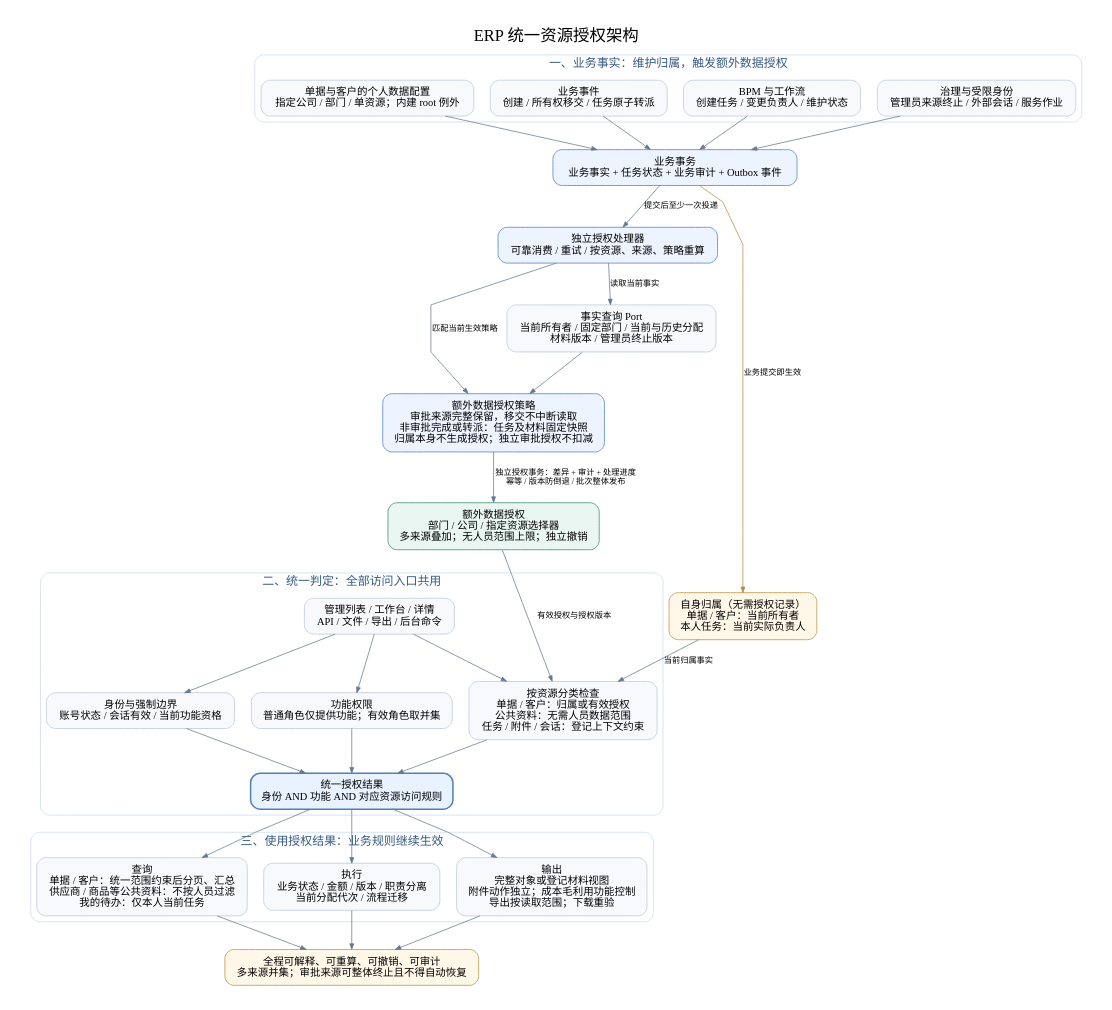
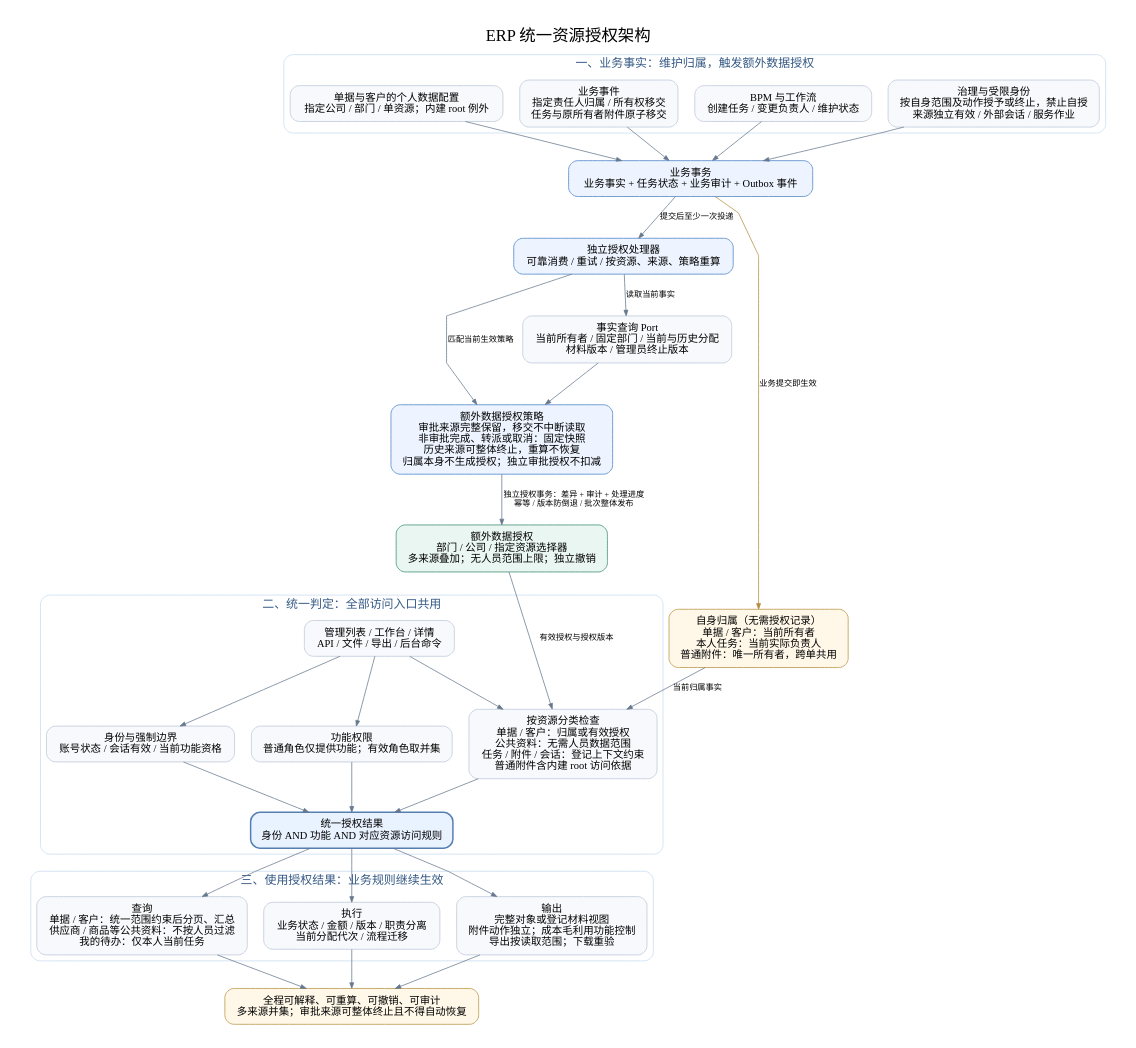
Before and after one commit to mztlive/erp: the diagram in docs/assets/resource-authorization-architecture.dot, drawn with Graphviz. The commit also changed 4 other files, not shown here.

```diff
--- a/docs/assets/resource-authorization-architecture.dot
+++ b/docs/assets/resource-authorization-architecture.dot
@@ -1,56 +1,56 @@
 digraph resourceAuthorization {
   graph [rankdir=TB, bgcolor="#ffffff", pad="0.35", nodesep="0.30", ranksep="0.60", fontname="PingFang SC", fontsize=22, label="ERP 统一资源授权架构", labelloc=t, splines=polyline];
   node [shape=box, style="rounded,filled", fillcolor="#f7f9fc", color="#c9d3e0", fontname="PingFang SC", fontsize=14, margin="0.18,0.12", penwidth=1.3];
   edge [fontname="PingFang SC", fontsize=11, color="#67788d", arrowsize=0.75];
 
   subgraph clusterSources {
     label="一、业务事实：维护归属，触发额外数据授权";
     fontsize=16; fontcolor="#355984"; color="#c9dbef"; style="rounded";
     scope [label="单据与客户的个人数据配置\n指定公司 / 部门 / 单资源；内建 root 例外"];
-    business [label="业务事件\n创建 / 所有权移交 / 任务原子转派"];
+    business [label="业务事件\n指定责任人归属 / 所有权移交\n任务与原所有者附件原子移交"];
     bpm [label="BPM 与工作流\n创建任务 / 变更负责人 / 维护状态"];
-    governance [label="治理与受限身份\n管理员来源终止 / 外部会话 / 服务作业"];
+    governance [label="治理与受限身份\n按自身范围及动作授予或终止，禁止自授\n来源独立有效 / 外部会话 / 服务作业"];
     {rank=same; scope; business; bpm; governance;}
   }
-  policy [label="额外数据授权策略\n审批来源完整保留，移交不中断读取\n非审批完成或转派：任务及材料固定快照\n归属本身不生成授权；独立审批授权不扣减", fillcolor="#edf4ff", color="#6e9bd2"];
+  policy [label="额外数据授权策略\n审批来源完整保留，移交不中断读取\n非审批完成、转派或取消：固定快照\n历史来源可整体终止，重算不恢复\n归属本身不生成授权；独立审批授权不扣减", fillcolor="#edf4ff", color="#6e9bd2"];
   outbox [label="业务事务\n业务事实 + 任务状态 + 业务审计 + Outbox 事件", fillcolor="#edf4ff", color="#6e9bd2"];
   worker [label="独立授权处理器\n可靠消费 / 重试 / 按资源、来源、策略重算", fillcolor="#edf4ff", color="#6e9bd2"];
   facts [label="事实查询 Port\n当前所有者 / 固定部门 / 当前与历史分配\n材料版本 / 管理员终止版本"];
   scope -> outbox; business -> outbox; bpm -> outbox; governance -> outbox;
   outbox -> worker [label="提交后至少一次投递"];
   worker -> facts [label="读取当前事实"];
   facts -> policy;
   worker -> policy [label="匹配当前生效策略"];
   grants [label="额外数据授权\n部门 / 公司 / 指定资源选择器\n多来源叠加；无人员范围上限；独立撤销", fillcolor="#eaf6f1", color="#60a58a"];
   policy -> grants [label="独立授权事务：差异 + 审计 + 处理进度\n幂等 / 版本防倒退 / 批次整体发布"];
 
   subgraph clusterAccess {
     label="二、统一判定：全部访问入口共用";
     fontsize=16; fontcolor="#355984"; color="#c9dbef"; style="rounded";
     request [label="管理列表 / 工作台 / 详情\nAPI / 文件 / 导出 / 后台命令"];
     identity [label="身份与强制边界\n账号状态 / 会话有效 / 当前功能资格"];
     capability [label="功能权限\n普通角色仅提供功能；有效角色取并集"];
-    dataCheck [label="按资源分类检查\n单据 / 客户：归属或有效授权\n公共资料：无需人员数据范围\n任务 / 附件 / 会话：登记上下文约束"];
+    dataCheck [label="按资源分类检查\n单据 / 客户：归属或有效授权\n公共资料：无需人员数据范围\n任务 / 附件 / 会话：登记上下文约束\n普通附件含内建 root 访问依据"];
     decision [label="统一授权结果\n身份 AND 功能 AND 对应资源访问规则", fillcolor="#e9f2ff", color="#557fb1", penwidth=2];
     {rank=same; identity; capability; dataCheck;}
     request -> identity; request -> capability; request -> dataCheck;
     identity -> decision; capability -> decision; dataCheck -> decision;
   }
-  own [label="自身归属（无需授权记录）\n单据 / 客户：当前所有者\n本人任务：当前实际负责人", fillcolor="#fff8e9", color="#c8aa68"];
+  own [label="自身归属（无需授权记录）\n单据 / 客户：当前所有者\n本人任务：当前实际负责人\n普通附件：唯一所有者，跨单共用", fillcolor="#fff8e9", color="#c8aa68"];
   outbox -> own [label="业务提交即生效", color="#b28d40"];
   own -> dataCheck [label="当前归属事实"];
   grants -> dataCheck [label="有效授权与授权版本"];
   grants -> request [style=invis];
 
   subgraph clusterUse {
     label="三、使用授权结果：业务规则继续生效";
     fontsize=16; fontcolor="#355984"; color="#c9dbef"; style="rounded";
     query [label="查询\n单据 / 客户：统一范围约束后分页、汇总\n供应商 / 商品等公共资料：不按人员过滤\n我的待办：仅本人当前任务"];
     command [label="执行\n业务状态 / 金额 / 版本 / 职责分离\n当前分配代次 / 流程迁移"];
     material [label="输出\n完整对象或登记材料视图\n附件动作独立；成本毛利用功能控制\n导出按读取范围；下载重验"];
     {rank=same; query; command; material;}
   }
   decision -> query; decision -> command; decision -> material;
   audit [label="全程可解释、可重算、可撤销、可审计\n多来源并集；审批来源可整体终止且不得自动恢复", fillcolor="#fff8e9", color="#c8aa68"];
   query -> audit; command -> audit; material -> audit;
 }
```
